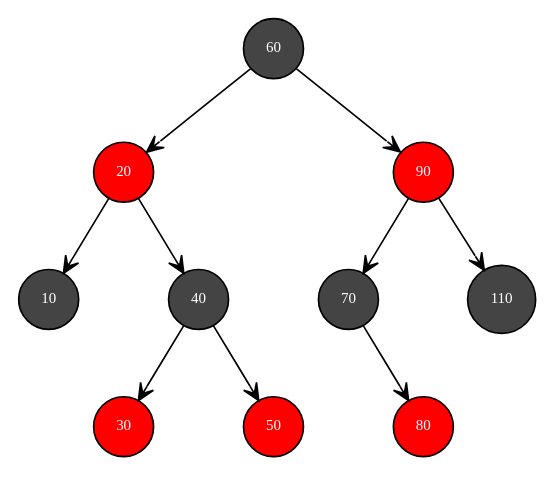
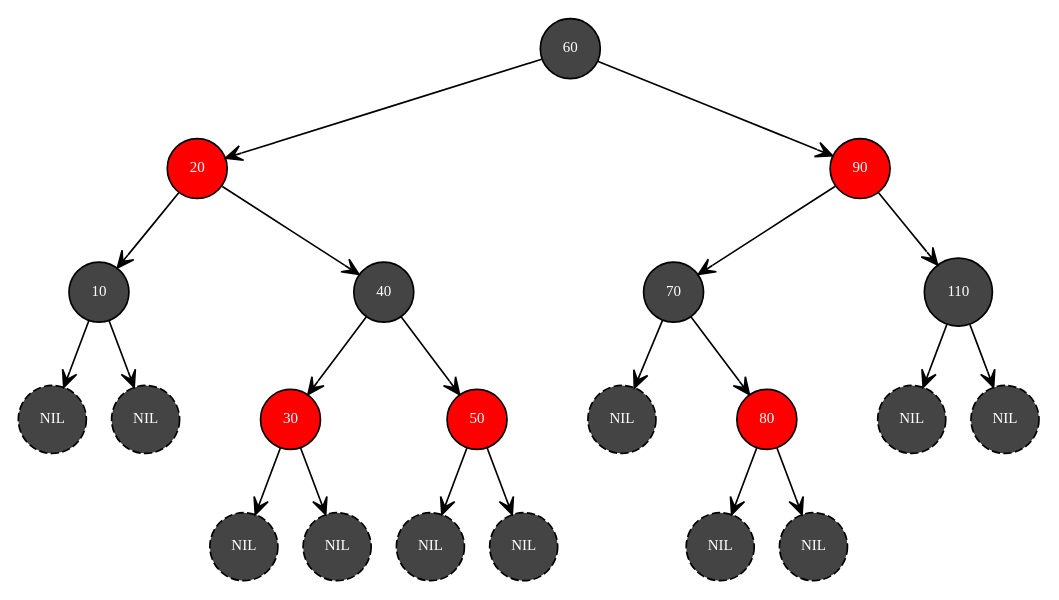
The diagram in img/dot/rbt_5.dot (for-will/for-will.github.io), drawn with Graphviz before and after one commit. The commit also changed 16 other files, not shown here.

```diff
--- a/img/dot/rbt_5.dot
+++ b/img/dot/rbt_5.dot
@@ -1,33 +1,69 @@
 digraph G {
     graph [nodesep=0.1]
     node [shape=circle style="filled" fillcolor="#444444" fontcolor="white" fontsize=9]
     edge [arrowhead=vee]
     20 [group=20 fillcolor="red"]
     60 -> 20
     10 [group=10 fillcolor="#444444"]
     20 -> 10
-    h20 [group=20 style=invis]
+    sentinel_l10 [style = "dashed,filled";label = "NIL";];
+    10 -> sentinel_l10;
+    h10 [group=10 style=invis label="" width=0]
+    10 -> h10 [style=invis]
+    sentinel_r10 [style = "dashed,filled";label = "NIL";];
+    10 -> sentinel_r10;
+    h20 [group=20 style=invis label="" width=0]
     20 -> h20 [style=invis]
     40 [group=40 fillcolor="#444444"]
     20 -> 40
     30 [group=30 fillcolor="red"]
     40 -> 30
-    h40 [group=40 style=invis]
+    sentinel_l30 [style = "dashed,filled";label = "NIL";];
+    30 -> sentinel_l30;
+    h30 [group=30 style=invis label="" width=0]
+    30 -> h30 [style=invis]
+    sentinel_r30 [style = "dashed,filled";label = "NIL";];
+    30 -> sentinel_r30;
+    h40 [group=40 style=invis label="" width=0]
     40 -> h40 [style=invis]
     50 [group=50 fillcolor="red"]
     40 -> 50
-    h60 [group=60 style=invis]
+    sentinel_l50 [style = "dashed,filled";label = "NIL";];
+    50 -> sentinel_l50;
+    h50 [group=50 style=invis label="" width=0]
+    50 -> h50 [style=invis]
+    sentinel_r50 [style = "dashed,filled";label = "NIL";];
+    50 -> sentinel_r50;
+    h60 [group=60 style=invis label="" width=0]
     60 -> h60 [style=invis]
     90 [group=90 fillcolor="red"]
     60 -> 90
     70 [group=70 fillcolor="#444444"]
     90 -> 70
-    h70 [group=70 style=invis]
+    sentinel_l70 [style = "dashed,filled";label = "NIL";];
+    70 -> sentinel_l70;
+    h70 [group=70 style=invis label="" width=0]
     70 -> h70 [style=invis]
     80 [group=80 fillcolor="red"]
     70 -> 80
-    h90 [group=90 style=invis]
+    sentinel_l80 [style = "dashed,filled";label = "NIL";];
+    80 -> sentinel_l80;
+    h80 [group=80 style=invis label="" width=0]
+    80 -> h80 [style=invis]
+    sentinel_r80 [style = "dashed,filled";label = "NIL";];
+    80 -> sentinel_r80;
+    h90 [group=90 style=invis label="" width=0]
     90 -> h90 [style=invis]
     110 [group=110 fillcolor="#444444"]
     90 -> 110
+    sentinel_l110 [style = "dashed,filled";label = "NIL";];
+    110 -> sentinel_l110;
+    h110 [group=110 style=invis label="" width=0]
+    110 -> h110 [style=invis]
+    sentinel_r110 [style = "dashed,filled";label = "NIL";];
+    110 -> sentinel_r110;
+
+    { rank=same; sentinel_l30 h20 h40 h60};
+    { rank=same; sentinel_r80 h90};
+    { rank=same; h70 sentinel_l80};
 }
```
